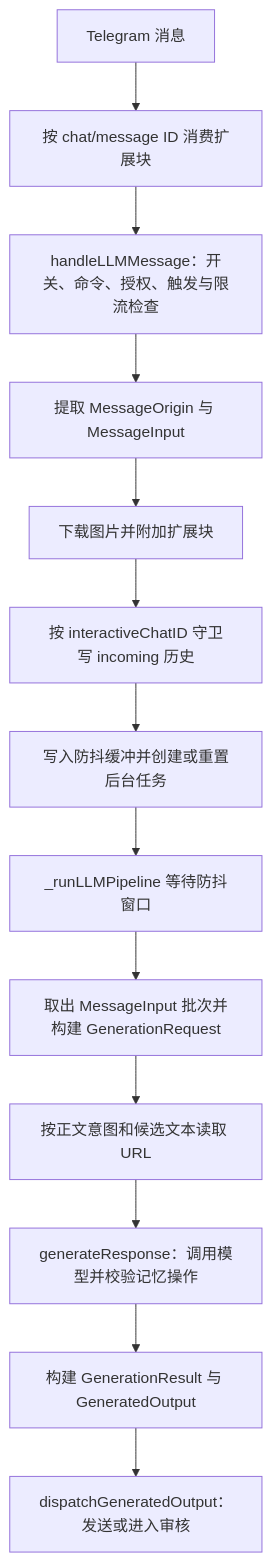
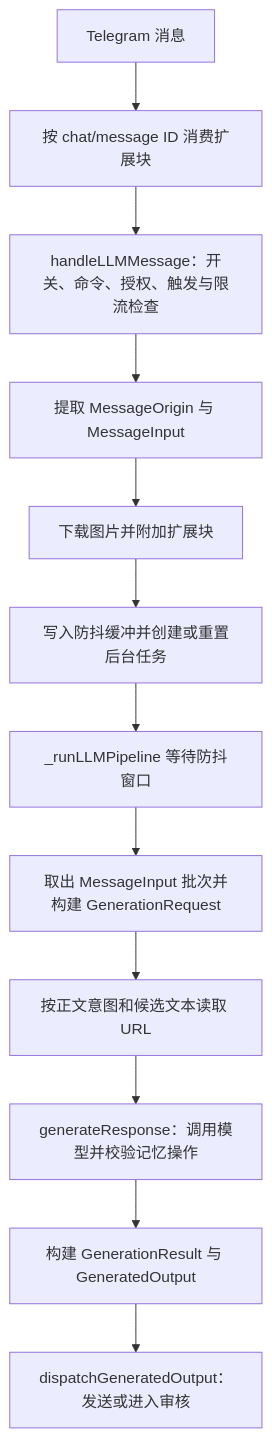
The first of 4 diagrams in docs/llm-handler.md (ZnLuAr/ZincNya_bot), drawn with Mermaid before and after one commit. The commit also changed other lines of this file and 24 other files, not shown here.

````diff
--- a/docs/llm-handler.md
+++ b/docs/llm-handler.md
@@ -150,15 +152,14 @@
 ```mermaid
 flowchart TD
     A[Telegram 消息] --> B[按 chat/message ID 消费扩展块]
     B --> C[handleLLMMessage：开关、命令、授权、触发与限流检查]
     C --> D[提取 MessageOrigin 与 MessageInput]
     D --> E[下载图片并附加扩展块]
-    E --> F[按 interactiveChatID 守卫写 incoming 历史]
-    F --> G[写入防抖缓冲并创建或重置后台任务]
+    E --> G[写入防抖缓冲并创建或重置后台任务]
     G --> H[_runLLMPipeline 等待防抖窗口]
     H --> I[取出 MessageInput 批次并构建 GenerationRequest]
     I --> J[按正文意图和候选文本读取 URL]
     J --> K[generateResponse：调用模型并校验记忆操作]
     K --> L[构建 GenerationResult 与 GeneratedOutput]
     L --> M[dispatchGeneratedOutput：发送或进入审核]
 ```
````
